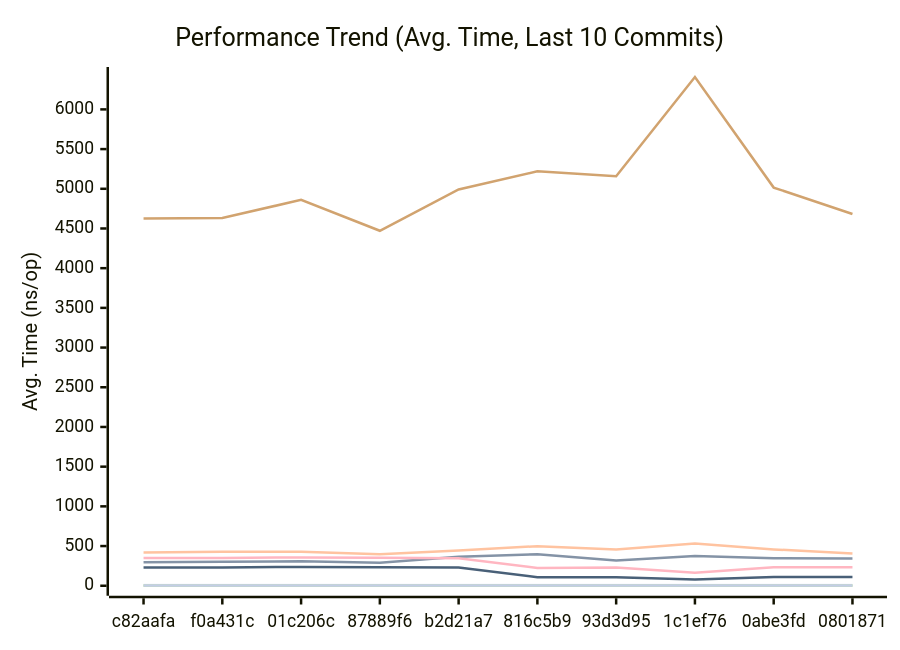
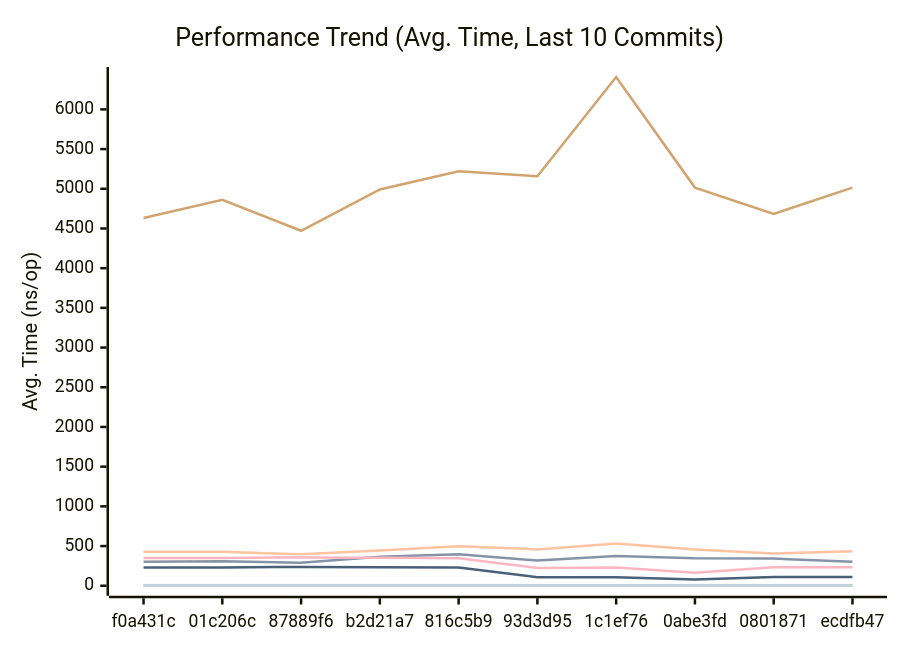
One commit to alsotoes/momo changed the first of 3 diagrams in docs/PERFORMANCE.md. Above: the diagram before and after it, drawn with Mermaid. The commit also changed other lines of this file and 2 other files, not shown here.

````diff
--- a/docs/PERFORMANCE.md
+++ b/docs/PERFORMANCE.md
@@ -80,16 +80,16 @@
 ```mermaid
 xychart-beta
     title "Performance Trend (Avg. Time, Last 10 Commits)"
     x-axis "Commit"
     y-axis "Avg. Time (ns/op)"
-    x-axis [c82aafa,f0a431c,01c206c,87889f6,b2d21a7,816c5b9,93d3d95,1c1ef76,0abe3fd,0801871]
-    line "CheckMetricsAndSwap" [8,10,9,9,9,11,8,8,8,11]
-    line "CrushOptimized" [295,302,308,289,365,398,317,376,346,342]
-    line "CrushOriginal" [419,429,427,396,445,499,458,531,458,405]
-    line "IndexDirectTracking" [0,0,0,0,0,0,0,0,0,1]
+    x-axis [f0a431c,01c206c,87889f6,b2d21a7,816c5b9,93d3d95,1c1ef76,0abe3fd,0801871,ecdfb47]
+    line "CheckMetricsAndSwap" [10,9,9,9,11,8,8,8,11,9]
+    line "CrushOptimized" [302,308,289,365,398,317,376,346,342,303]
+    line "CrushOriginal" [429,427,396,445,499,458,531,458,405,434]
+    line "IndexDirectTracking" [0,0,0,0,0,0,0,0,1,0]
     line "IndexSearch" [2,2,2,2,2,2,2,2,2,2]
-    line "LoadGlobalConfig" [4627,4633,4860,4471,4992,5220,5157,6408,5015,4683]
+    line "LoadGlobalConfig" [4633,4860,4471,4992,5220,5157,6408,5015,4683,5014]
     line "PadString" [2,2,2,2,2,2,2,2,2,2]
     line "ParseReplicationOrder_NoPrealloc" [350,349,357,354,345,225,229,165,232,234]
     line "ParseReplicationOrder_Prealloc" [229,231,237,234,229,108,107,80,110,109]
 ```
````
